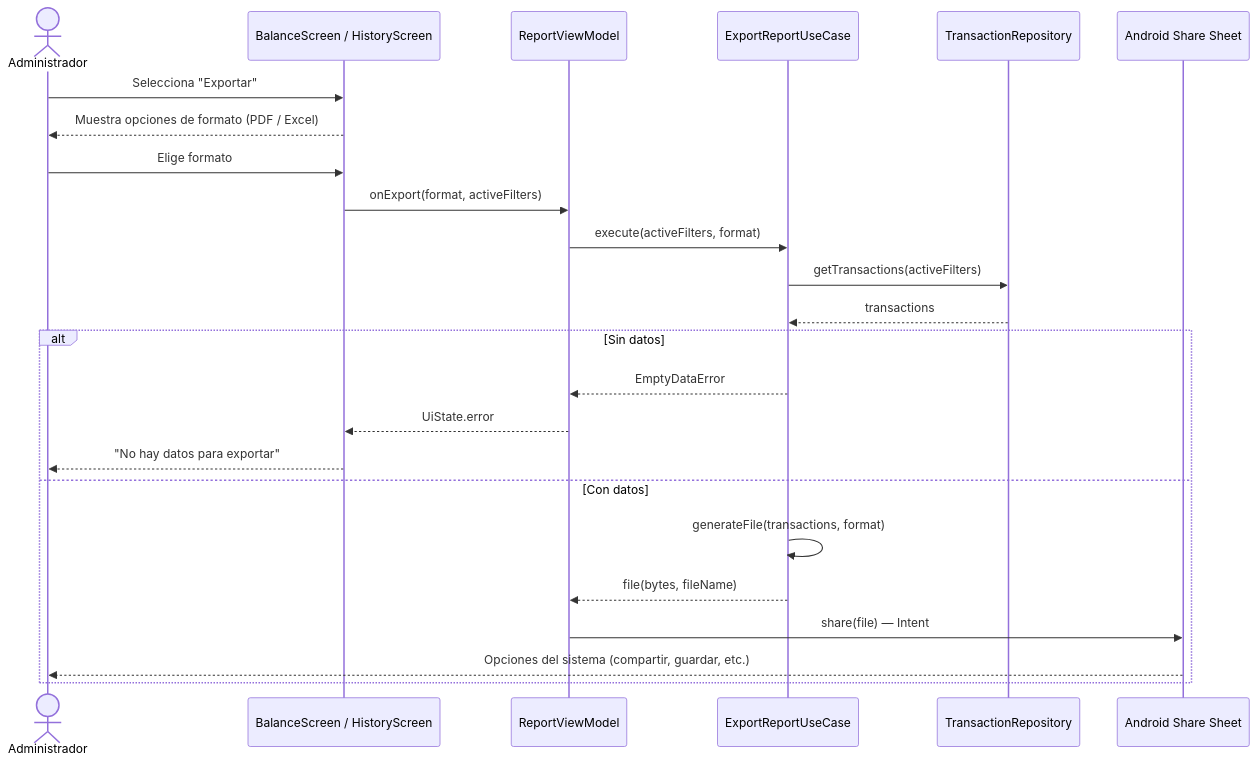
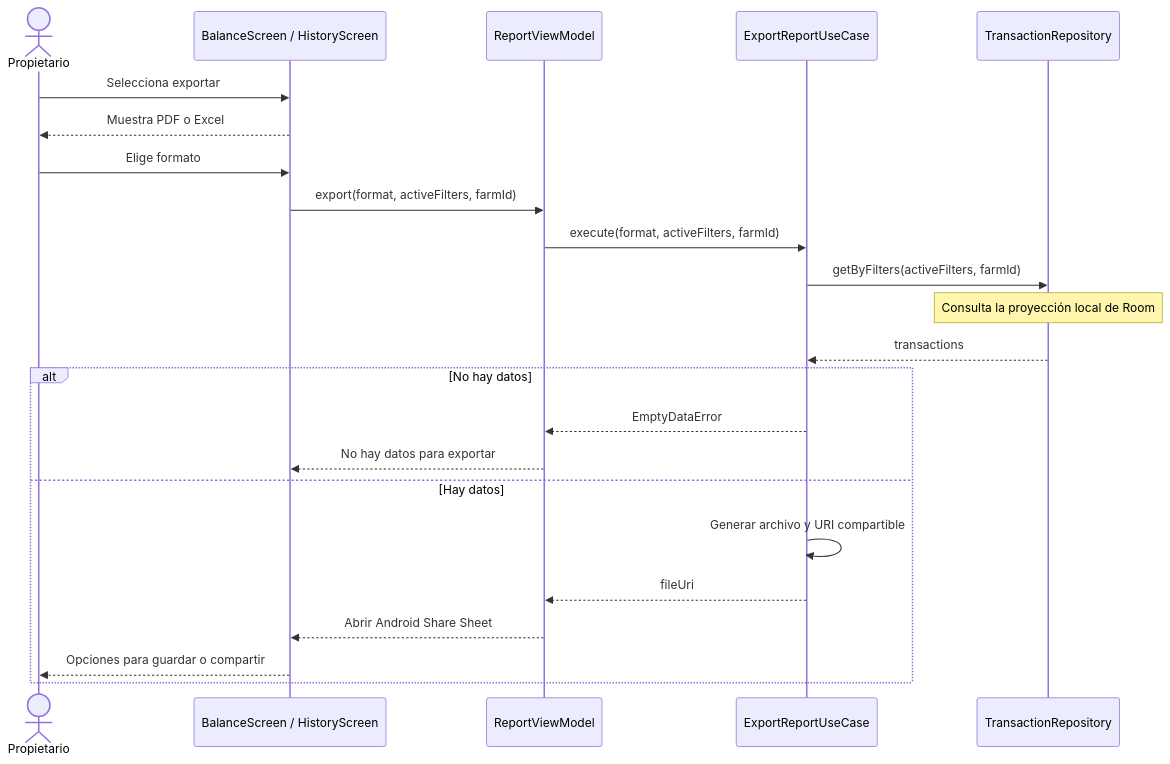
Before and after one commit to PUJ-ICM-1131/SGE: diagram 11 of 11 in docs/3-casos-uso-uml/diagramas_secuencia.md, drawn with Mermaid. The commit also changed other lines of this file and 1 other file, not shown here.

Commit message:
diagramas de secuencia y actividad

````diff
--- a/docs/3-casos-uso-uml/diagramas_secuencia.md
+++ b/docs/3-casos-uso-uml/diagramas_secuencia.md
@@ -230,29 +491,26 @@
 ```mermaid
 sequenceDiagram
-    actor Admin as Administrador
-    participant Screen as BalanceScreen / HistoryScreen
+    actor Propietario
+    participant UI as BalanceScreen / HistoryScreen
     participant VM as ReportViewModel
     participant UC as ExportReportUseCase
     participant Repo as TransactionRepository
-    participant OS as Android Share Sheet
 
-    Admin->>Screen: Selecciona "Exportar"
-    Screen-->>Admin: Muestra opciones de formato (PDF / Excel)
-    Admin->>Screen: Elige formato
-
-    Screen->>VM: onExport(format, activeFilters)
-    VM->>UC: execute(activeFilters, format)
-    UC->>Repo: getTransactions(activeFilters)
+    Propietario->>UI: Selecciona exportar
+    UI-->>Propietario: Muestra PDF o Excel
+    Propietario->>UI: Elige formato
+    UI->>VM: export(format, activeFilters, farmId)
+    VM->>UC: execute(format, activeFilters, farmId)
+    UC->>Repo: getByFilters(activeFilters, farmId)
+    Note over Repo: Consulta la proyección local de Room
     Repo-->>UC: transactions
-
-    alt Sin datos
+    alt No hay datos
         UC-->>VM: EmptyDataError
-        VM-->>Screen: UiState.error
-        Screen-->>Admin: "No hay datos para exportar"
-    else Con datos
-        UC->>UC: generateFile(transactions, format)
-        UC-->>VM: file(bytes, fileName)
-        VM->>OS: share(file) — Intent
-        OS-->>Admin: Opciones del sistema (compartir, guardar, etc.)
+        VM-->>UI: No hay datos para exportar
+    else Hay datos
+        UC->>UC: Generar archivo y URI compartible
+        UC-->>VM: fileUri
+        VM-->>UI: Abrir Android Share Sheet
+        UI-->>Propietario: Opciones para guardar o compartir
     end
 ```
````
